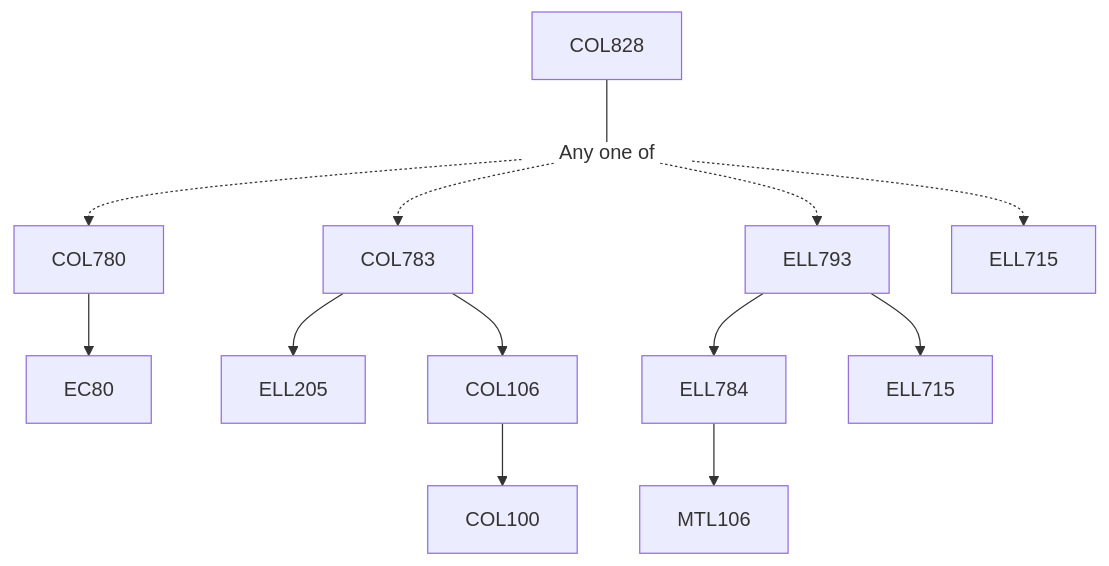
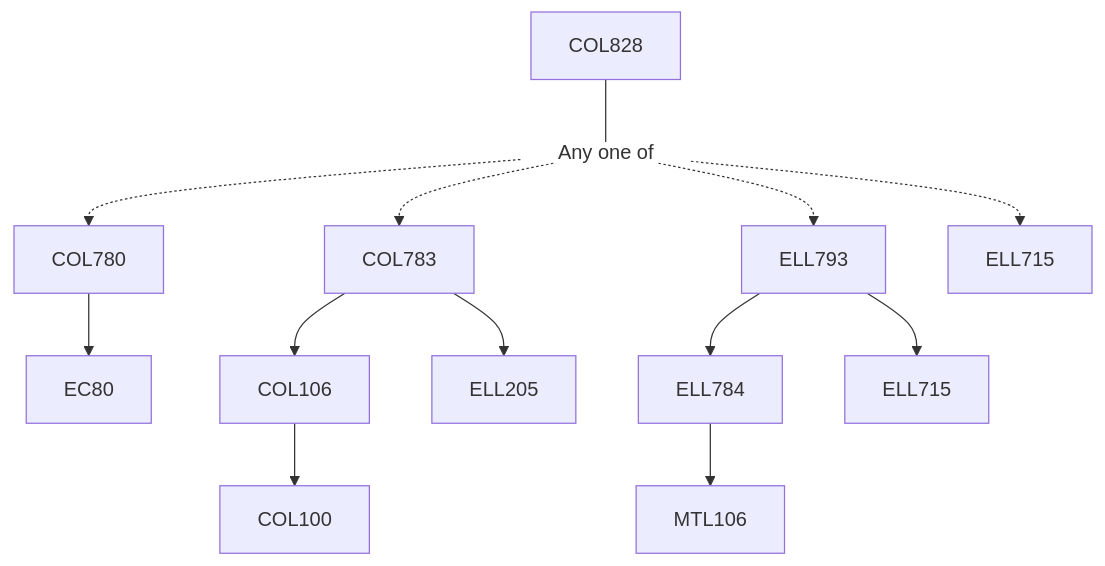
The diagram in content/Computer Science and Engineering/COL828.md (KeshavBansal0122/CoS_Website), drawn with Mermaid before and after one commit. The commit also changed other lines of this file and 2667 other files, not shown here.

````diff
--- a/content/Computer Science and Engineering/COL828.md
+++ b/content/Computer Science and Engineering/COL828.md
@@ -15,19 +13,19 @@
 ```mermaid
 flowchart TD
-COL828-512[COL828]
-COL828-512 --- Or513[Any one of]:::empty
-COL780-514 --> EC80-514[EC80]
-Or513 -.-> COL780-514[COL780]
-COL783-515 --> ELL205-515[ELL205]
-Or513 -.-> COL783-515[COL783]
-COL783-515 --> COL106-515[COL106]
-COL106-515 --> COL100-515[COL100]
-ELL793-516 --> ELL784-516[ELL784]
-ELL784-516 --> MTL106-516[MTL106]
-ELL793-516 --> ELL715-516[ELL715]
-Or513 -.-> ELL793-516[ELL793]
-Or513 -.-> ELL715-517[ELL715]
+COL828-933[COL828]
+COL828-933 --- Or934[Any one of]:::empty
+Or934 -.-> COL780-935[COL780]
+COL780-935 --> EC80-935[EC80]
+COL783-936 --> COL106-936[COL106]
+COL106-936 --> COL100-936[COL100]
+Or934 -.-> COL783-936[COL783]
+COL783-936 --> ELL205-936[ELL205]
+ELL793-937 --> ELL784-937[ELL784]
+Or934 -.-> ELL793-937[ELL793]
+ELL793-937 --> ELL715-937[ELL715]
+ELL784-937 --> MTL106-937[MTL106]
+Or934 -.-> ELL715-938[ELL715]
 
 classDef empty height:17px, fill:transparent, stroke:transparent;
 classDef trueEmpty height:0px, width:0px;
 ```
````
